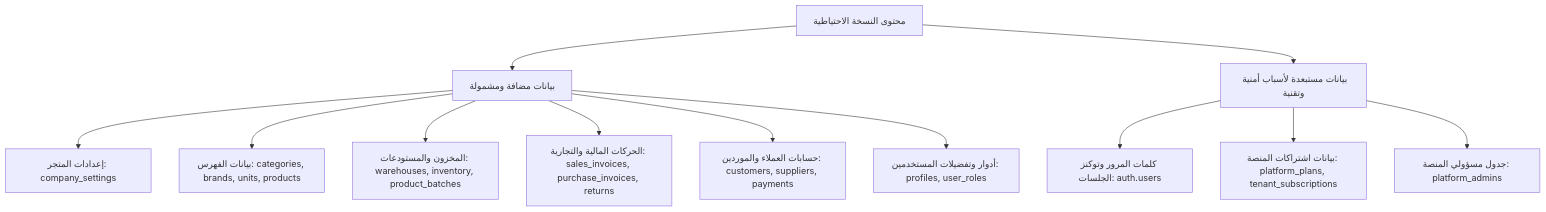
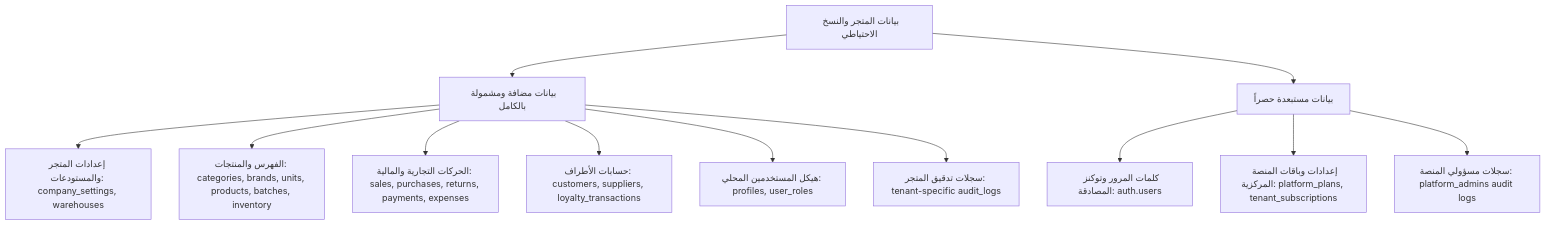
Before and after one commit to Emad20112/market-hub: the second of 4 diagrams in BACKUP_PLAN.md, drawn with Mermaid. The commit also changed other lines of this file, not shown here.

Commit message:
docs: harden backup architecture plan

````diff
--- a/BACKUP_PLAN.md
+++ b/BACKUP_PLAN.md
@@ -105,16 +97,16 @@
 ```mermaid
 graph TD
-    A[محتوى النسخة الاحتياطية] --> B[بيانات مضافة ومشمولة]
-    A --> C[بيانات مستبعدة لأسباب أمنية وتقنية]
+    A[بيانات المتجر والنسخ الاحتياطي] --> B[بيانات مضافة ومشمولة بالكامل]
+    A --> C[بيانات مستبعدة حصراً]
     
-    B --> B1[إعدادات المتجر: company_settings]
-    B --> B2[بيانات الفهرس: categories, brands, units, products]
-    B --> B3[المخزون والمستودعات: warehouses, inventory, product_batches]
-    B --> B4[الحركات المالية والتجارية: sales_invoices, purchase_invoices, returns]
-    B --> B5[حسابات العملاء والموردين: customers, suppliers, payments]
-    B --> B6[أدوار وتفضيلات المستخدمين: profiles, user_roles]
+    B --> B1[إعدادات المتجر والمستودعات: company_settings, warehouses]
+    B --> B2[الفهرس والمنتجات: categories, brands, units, products, batches, inventory]
+    B --> B3[الحركات التجارية والمالية: sales, purchases, returns, payments, expenses]
+    B --> B4[حسابات الأطراف: customers, suppliers, loyalty_transactions]
+    B --> B5[هيكل المستخدمين المحلي: profiles, user_roles]
+    B --> B6[سجلات تدقيق المتجر: tenant-specific audit_logs]
     
-    C --> C1[كلمات المرور وتوكنز الجلسات: auth.users]
-    C --> C2[بيانات اشتراكات المنصة: platform_plans, tenant_subscriptions]
-    C --> C3[جدول مسؤولي المنصة: platform_admins]
+    C --> C1[كلمات المرور وتوكنز المصادقة: auth.users]
+    C --> C2[إعدادات وباقات المنصة المركزية: platform_plans, tenant_subscriptions]
+    C --> C3[سجلات مسؤولي المنصة: platform_admins audit logs]
 ```
````
